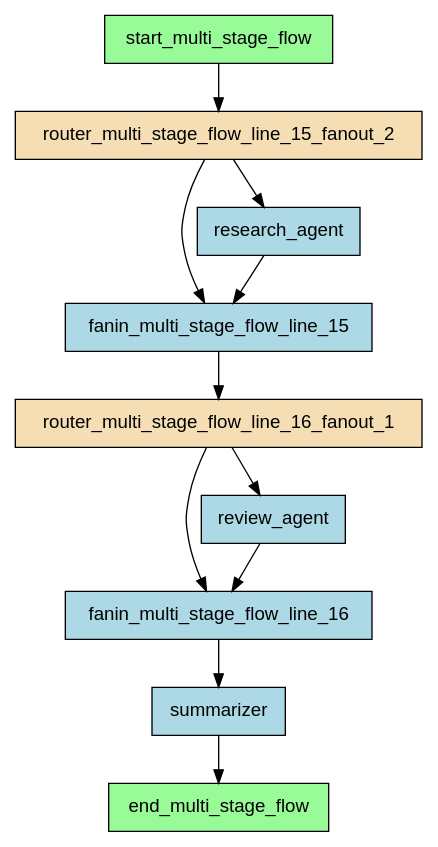
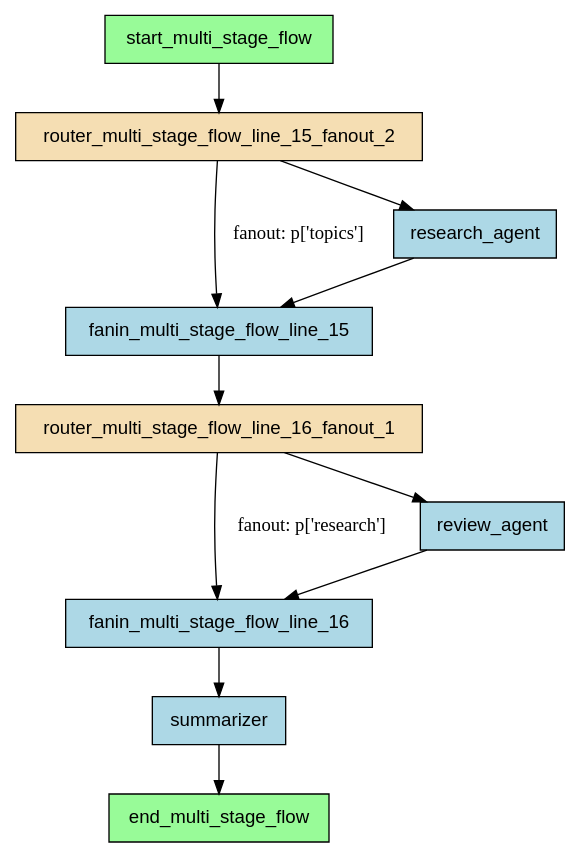
The diagram in examples/flows/compiled/fanout_sequential/flow.dot (deliveryhero/asya), drawn with Graphviz before and after one commit. The commit also changed 79 other files, not shown here.

First line of the commit message:
feat(analyzer): add fanout labels to router-to-aggregator edges

```diff
--- a/examples/flows/compiled/fanout_sequential/flow.dot
+++ b/examples/flows/compiled/fanout_sequential/flow.dot
@@ -1,25 +1,25 @@
 digraph "fanout_sequential" {
     rankdir=TB;
     node [shape=box, style=filled, fontname="Helvetica"];
 
     end_multi_stage_flow [label="end_multi_stage_flow", fillcolor=palegreen];
     fanin_multi_stage_flow_line_15 [label="fanin_multi_stage_flow_line_15", fillcolor=lightblue];
     fanin_multi_stage_flow_line_16 [label="fanin_multi_stage_flow_line_16", fillcolor=lightblue];
     research_agent [label="research_agent", fillcolor=lightblue];
     review_agent [label="review_agent", fillcolor=lightblue];
     router_multi_stage_flow_line_15_fanout_2 [label="router_multi_stage_flow_line_15_fanout_2", fillcolor=wheat];
     router_multi_stage_flow_line_16_fanout_1 [label="router_multi_stage_flow_line_16_fanout_1", fillcolor=wheat];
     start_multi_stage_flow [label="start_multi_stage_flow", fillcolor=palegreen];
     summarizer [label="summarizer", fillcolor=lightblue];
 
     start_multi_stage_flow -> router_multi_stage_flow_line_15_fanout_2;
-    router_multi_stage_flow_line_16_fanout_1 -> fanin_multi_stage_flow_line_16;
+    router_multi_stage_flow_line_16_fanout_1 -> fanin_multi_stage_flow_line_16 [label="fanout: p['research']"];
     fanin_multi_stage_flow_line_16 -> summarizer;
     router_multi_stage_flow_line_16_fanout_1 -> review_agent;
     review_agent -> fanin_multi_stage_flow_line_16;
-    router_multi_stage_flow_line_15_fanout_2 -> fanin_multi_stage_flow_line_15;
+    router_multi_stage_flow_line_15_fanout_2 -> fanin_multi_stage_flow_line_15 [label="fanout: p['topics']"];
     fanin_multi_stage_flow_line_15 -> router_multi_stage_flow_line_16_fanout_1;
     router_multi_stage_flow_line_15_fanout_2 -> research_agent;
     research_agent -> fanin_multi_stage_flow_line_15;
     summarizer -> end_multi_stage_flow;
 }
```
